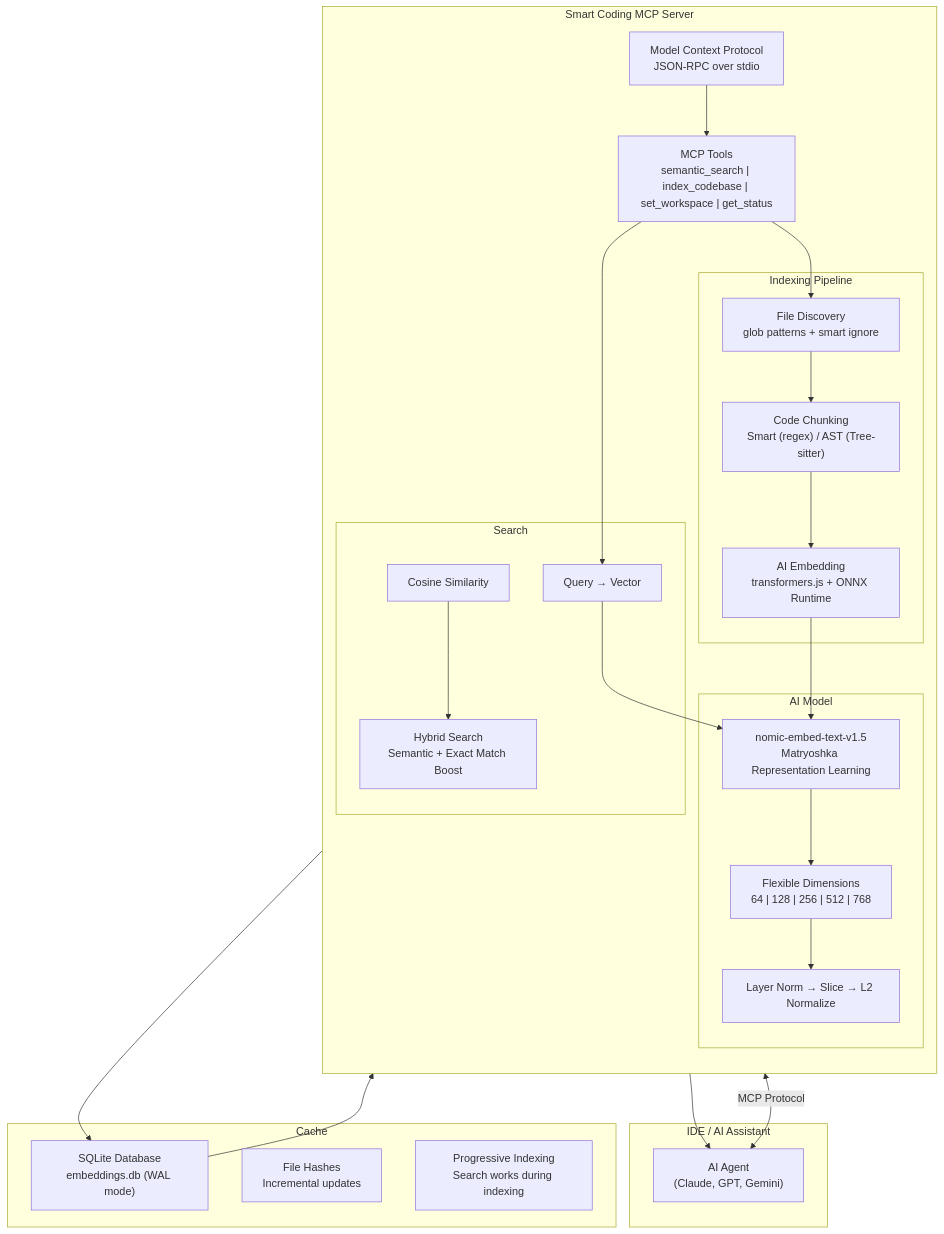
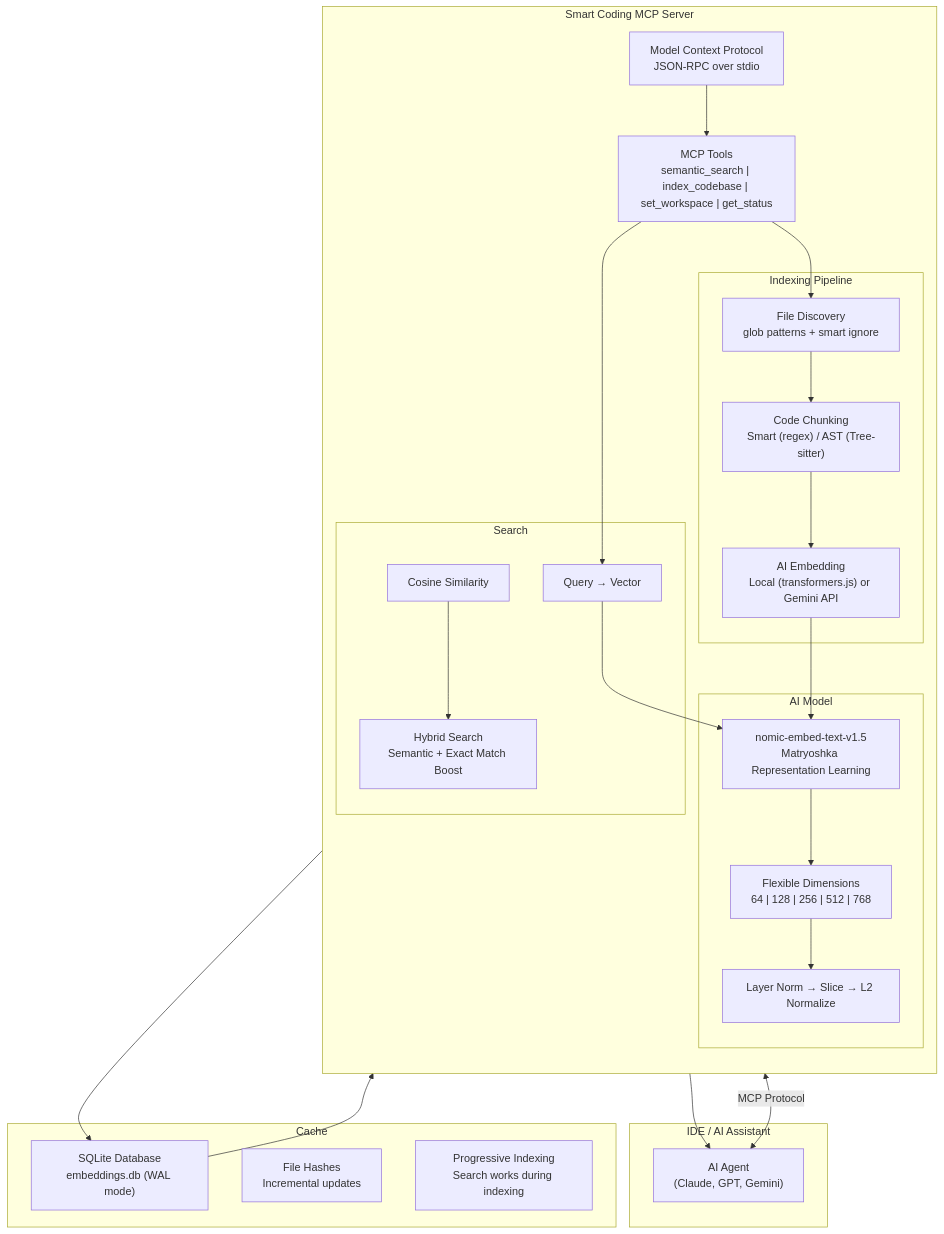
The diagram in README.md (bitkyc08-arch/semantic-code-mcp), drawn with Mermaid before and after one commit. The commit also changed other lines of this file and 13 other files, not shown here.

Commit message:
[agent] feat: implement phase1 gemini embedding path

````diff
--- a/README.md
+++ b/README.md
@@ -244,53 +254,53 @@
 ```mermaid
 flowchart TB
     subgraph IDE["IDE / AI Assistant"]
         Agent["AI Agent<br/>(Claude, GPT, Gemini)"]
     end
 
     subgraph MCP["Smart Coding MCP Server"]
         direction TB
         Protocol["Model Context Protocol<br/>JSON-RPC over stdio"]
         Tools["MCP Tools<br/>semantic_search | index_codebase | set_workspace | get_status"]
 
         subgraph Indexing["Indexing Pipeline"]
             Discovery["File Discovery<br/>glob patterns + smart ignore"]
             Chunking["Code Chunking<br/>Smart (regex) / AST (Tree-sitter)"]
-            Embedding["AI Embedding<br/>transformers.js + ONNX Runtime"]
+            Embedding["AI Embedding<br/>Local (transformers.js) or Gemini API"]
         end
 
         subgraph AI["AI Model"]
             Model["nomic-embed-text-v1.5<br/>Matryoshka Representation Learning"]
             Dimensions["Flexible Dimensions<br/>64 | 128 | 256 | 512 | 768"]
             Normalize["Layer Norm → Slice → L2 Normalize"]
         end
 
         subgraph Search["Search"]
             QueryEmbed["Query → Vector"]
             Cosine["Cosine Similarity"]
             Hybrid["Hybrid Search<br/>Semantic + Exact Match Boost"]
         end
     end
 
     subgraph Storage["Cache"]
         Vectors["SQLite Database<br/>embeddings.db (WAL mode)"]
         Hashes["File Hashes<br/>Incremental updates"]
         Progressive["Progressive Indexing<br/>Search works during indexing"]
     end
 
     Agent <-->|"MCP Protocol"| Protocol
     Protocol --> Tools
 
     Tools --> Discovery
     Discovery --> Chunking
     Chunking --> Embedding
     Embedding --> Model
     Model --> Dimensions
     Dimensions --> Normalize
     Normalize --> Vectors
 
     Tools --> QueryEmbed
     QueryEmbed --> Model
     Cosine --> Hybrid
     Vectors --> Cosine
     Hybrid --> Agent
 ```
````
